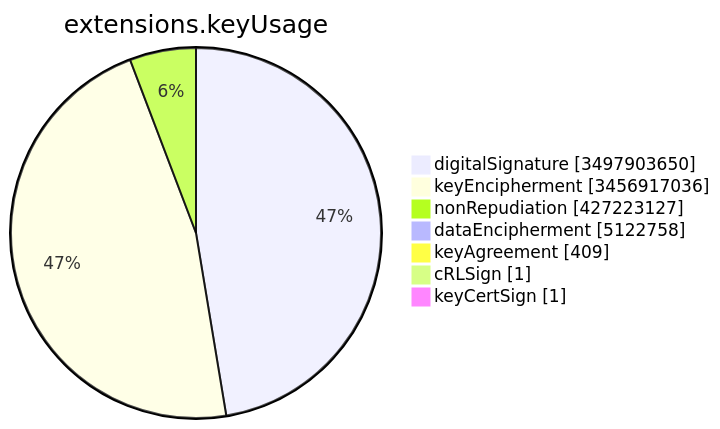
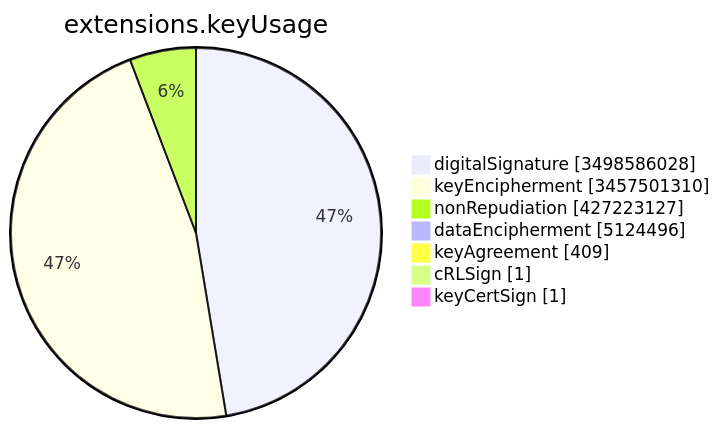
The sixth of 15 diagrams in TOTAL/README.md (christiankrug/ctmonitor_visualization), drawn with Mermaid before and after one commit. The commit also changed other lines of this file, not shown here.

````diff
--- a/TOTAL/README.md
+++ b/TOTAL/README.md
@@ -3083,11 +3083,11 @@
 ```mermaid
 pie showData
 title extensions.keyUsage
-"digitalSignature" :3497903650
-"keyEncipherment" :3456917036
+"digitalSignature" :3498586028
+"keyEncipherment" :3457501310
 "nonRepudiation" :427223127
-"dataEncipherment" :5122758
+"dataEncipherment" :5124496
 "keyAgreement" :409
 "cRLSign" :1
 "keyCertSign" :1
 ```
````
